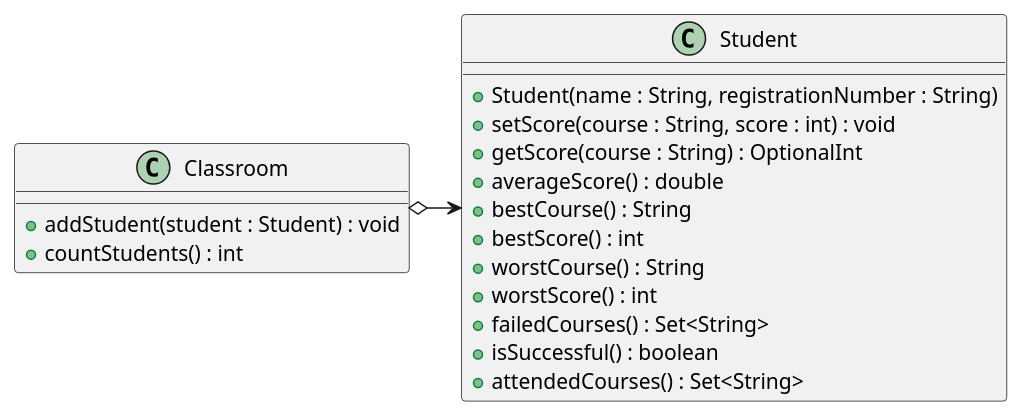
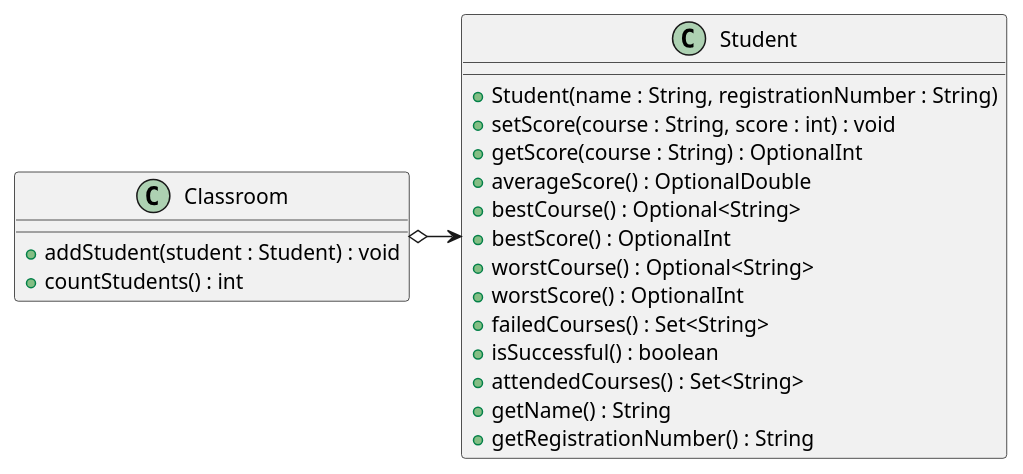
Before and after one commit to umons-polytech-odl2017/odl-tp5-theopoissonnier: the diagram in src/main/asciidoc/images/student-score.puml, drawn with PlantUML. The commit also changed 4 other files, not shown here.

Commit message:
Synchronize class diagram with class signatures. Write tests for exercise 1.

```diff
--- a/src/main/asciidoc/images/student-score.puml
+++ b/src/main/asciidoc/images/student-score.puml
@@ -1,23 +1,25 @@
 @startuml
 
 class Classroom {
     +addStudent(student : Student) : void
     +countStudents() : int
 }
 
 class Student {
     +Student(name : String, registrationNumber : String)
     +setScore(course : String, score : int) : void
     +getScore(course : String) : OptionalInt
-    +averageScore() : double
-    +bestCourse() : String
-    +bestScore() : int
-    +worstCourse() : String
-    +worstScore() : int
+    +averageScore() : OptionalDouble
+    +bestCourse() : Optional<String>
+    +bestScore() : OptionalInt
+    +worstCourse() : Optional<String>
+    +worstScore() : OptionalInt
     +failedCourses() : Set<String>
     +isSuccessful() : boolean
     +attendedCourses() : Set<String>
+    +getName() : String
+    +getRegistrationNumber() : String
 }
 
 Classroom o-> Student
 @enduml
```
